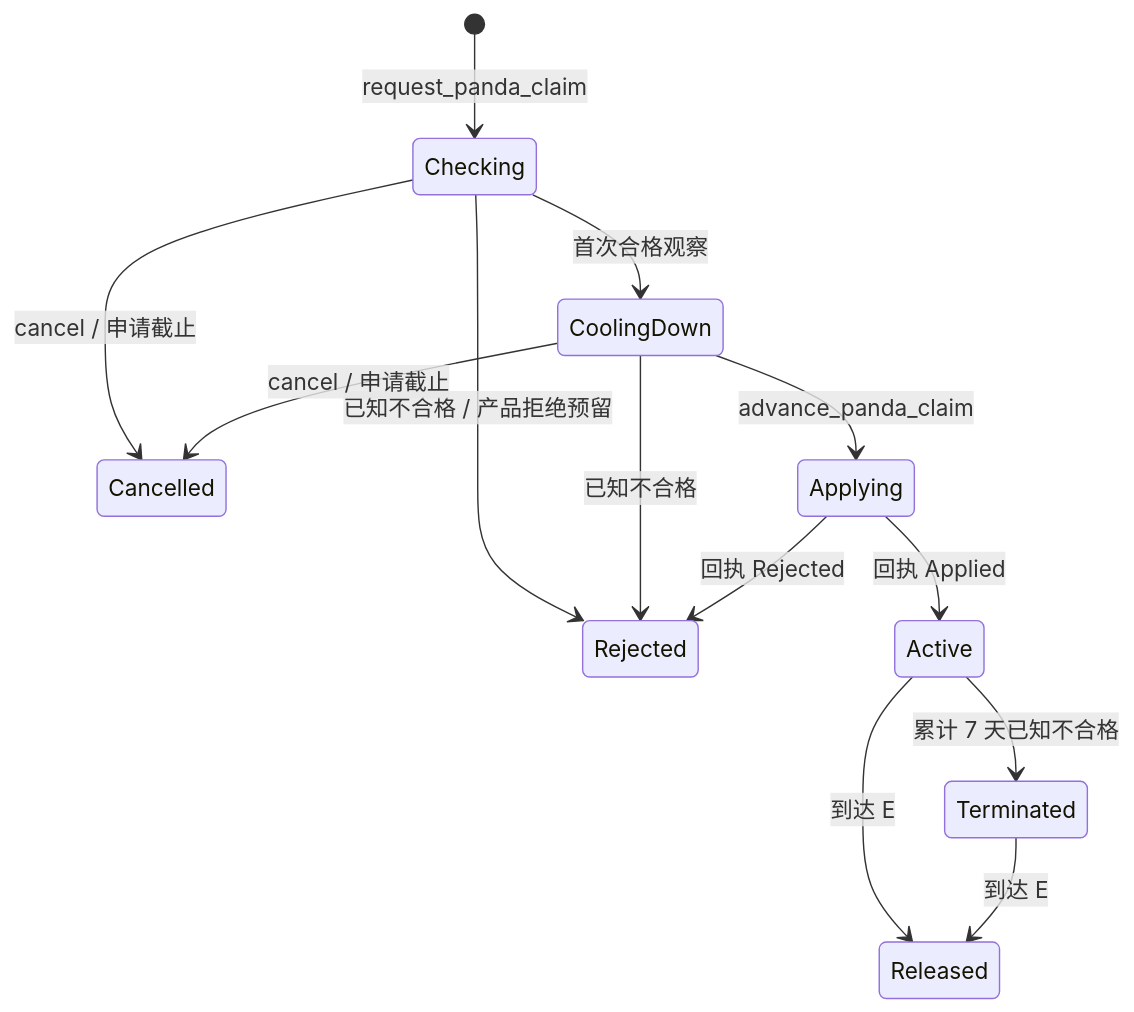
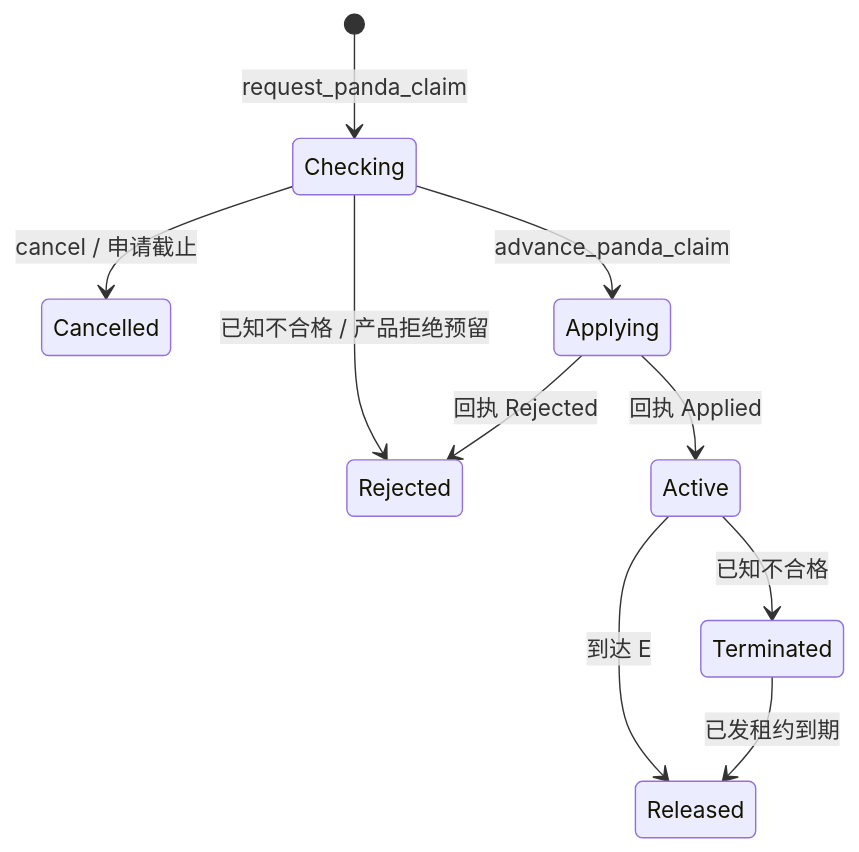
One commit to ldclabs/ic-panda changed the second of 2 diagrams in src/membership/README.md. Above: the diagram before and after it, drawn with Mermaid. The commit also changed other lines of this file and 48 other files, not shown here.

````diff
--- a/src/membership/README.md
+++ b/src/membership/README.md
@@ -52,15 +52,12 @@
 ```mermaid
 stateDiagram-v2
   [*] --> Checking: request_panda_claim
-  Checking --> CoolingDown: 首次合格观察
   Checking --> Rejected: 已知不合格 / 产品拒绝预留
-  CoolingDown --> Rejected: 已知不合格
   Checking --> Cancelled: cancel / 申请截止
-  CoolingDown --> Cancelled: cancel / 申请截止
-  CoolingDown --> Applying: advance_panda_claim
+  Checking --> Applying: advance_panda_claim
   Applying --> Active: 回执 Applied
   Applying --> Rejected: 回执 Rejected
-  Active --> Terminated: 累计 7 天已知不合格
+  Active --> Terminated: 已知不合格
   Active --> Released: 到达 E
-  Terminated --> Released: 到达 E
+  Terminated --> Released: 已发租约到期
 ```
````
